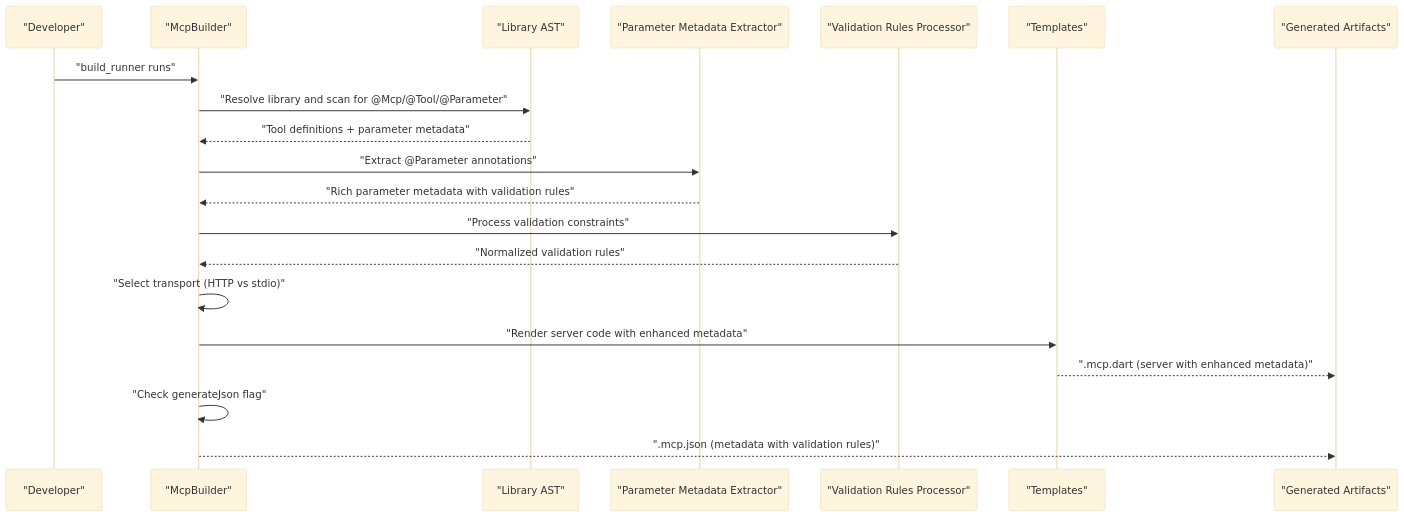
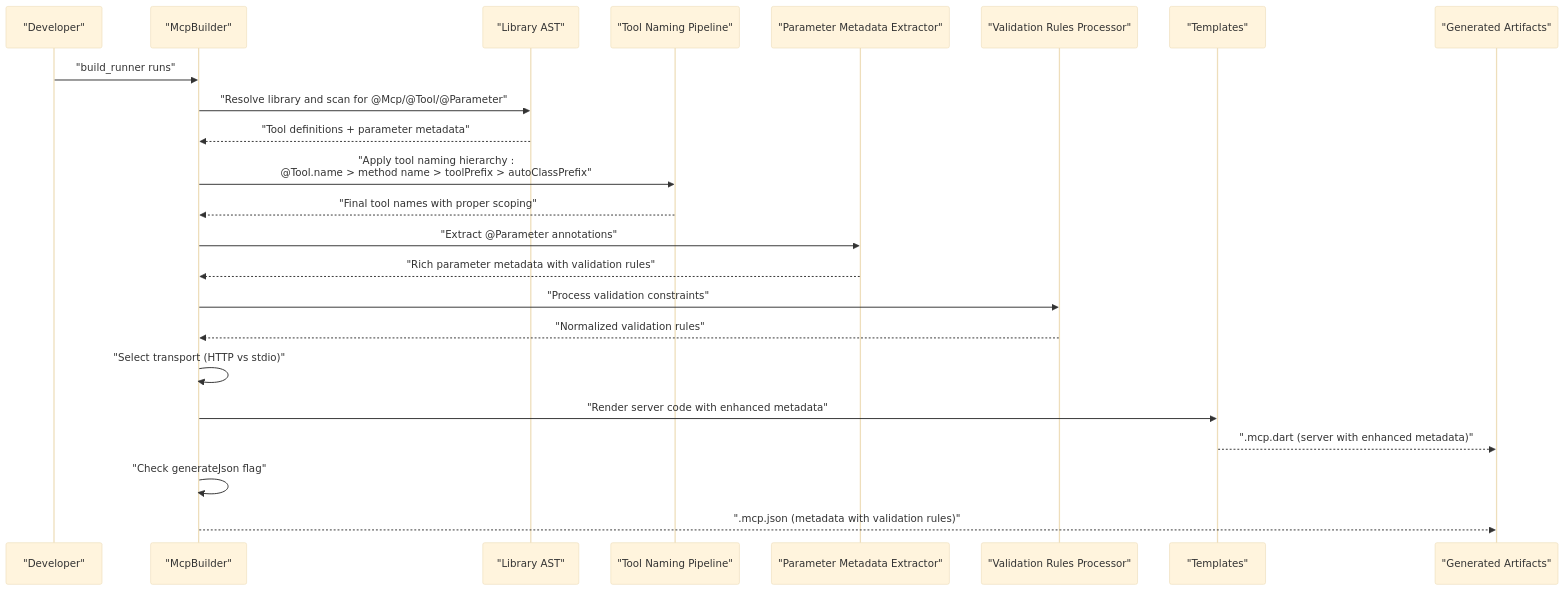
Before and after one commit to cdavis-code/easy_mcp_workspace: the second of 4 diagrams in .qoder/repowiki/en/content/Annotations Reference/Annotations Reference.md, drawn with Mermaid (base theme). The commit also changed other lines of this file and 8 other files, not shown here.

First line of the commit message:
fix: correct method name resolution when autoClassPrefix is enabled

````diff
--- a/.qoder/repowiki/en/content/Annotations Reference/Annotations Reference.md
+++ b/.qoder/repowiki/en/content/Annotations Reference/Annotations Reference.md
@@ -151,22 +159,25 @@
 ```mermaid
 sequenceDiagram
 participant Dev as "Developer"
 participant Gen as "McpBuilder"
 participant Lib as "Library AST"
+participant ToolNaming as "Tool Naming Pipeline"
 participant ParamMeta as "Parameter Metadata Extractor"
 participant Validator as "Validation Rules Processor"
 participant Tmpl as "Templates"
 participant Out as "Generated Artifacts"
 Dev->>Gen : "build_runner runs"
 Gen->>Lib : "Resolve library and scan for @Mcp/@Tool/@Parameter"
 Lib-->>Gen : "Tool definitions + parameter metadata"
+Gen->>ToolNaming : "Apply tool naming hierarchy : <br/>@Tool.name > method name > toolPrefix > autoClassPrefix"
+ToolNaming-->>Gen : "Final tool names with proper scoping"
 Gen->>ParamMeta : "Extract @Parameter annotations"
 ParamMeta-->>Gen : "Rich parameter metadata with validation rules"
 Gen->>Validator : "Process validation constraints"
 Validator-->>Gen : "Normalized validation rules"
 Gen->>Gen : "Select transport (HTTP vs stdio)"
 Gen->>Tmpl : "Render server code with enhanced metadata"
 Tmpl-->>Out : ".mcp.dart (server with enhanced metadata)"
 Gen->>Gen : "Check generateJson flag"
 Gen-->>Out : ".mcp.json (metadata with validation rules)"
 ```
````
